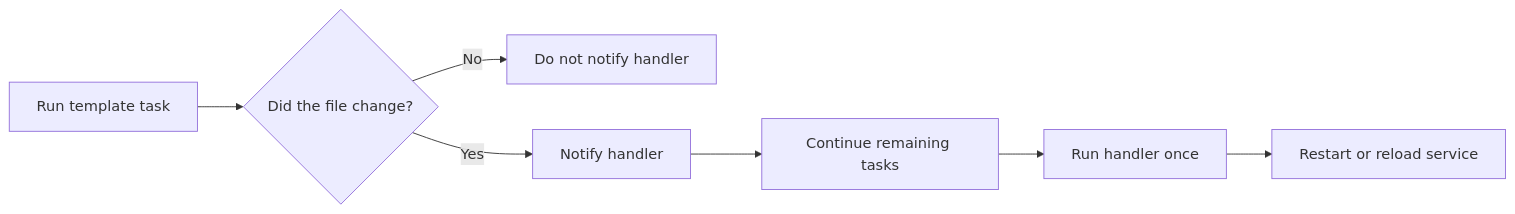
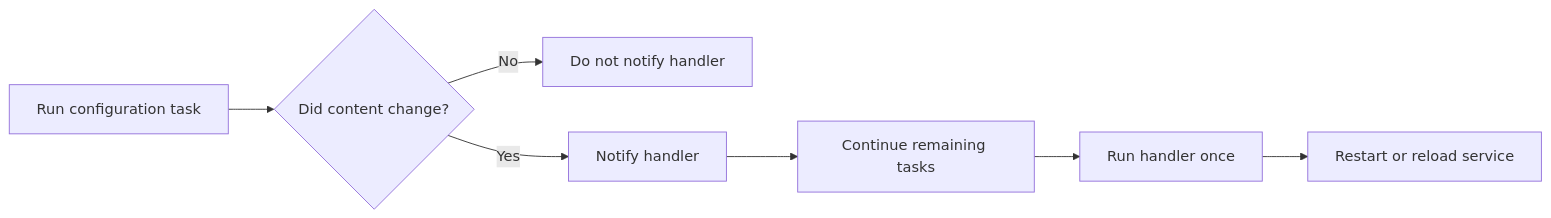
Before and after one commit to Ansible-workshop-ch/bootcamp: the third of 4 diagrams in module05/conditions-loops-handlers-templates.md, drawn with Mermaid. The commit also changed other lines of this file, not shown here.

````diff
--- a/module05/conditions-loops-handlers-templates.md
+++ b/module05/conditions-loops-handlers-templates.md
@@ -415,11 +373,9 @@
 ```mermaid
 flowchart LR
-    A[Run template task] --> B{Did the file change?}
-
+    A[Run configuration task] --> B{Did content change?}
     B -->|No| C[Do not notify handler]
     B -->|Yes| D[Notify handler]
-
     D --> E[Continue remaining tasks]
     E --> F[Run handler once]
     F --> G[Restart or reload service]
 ```
````
